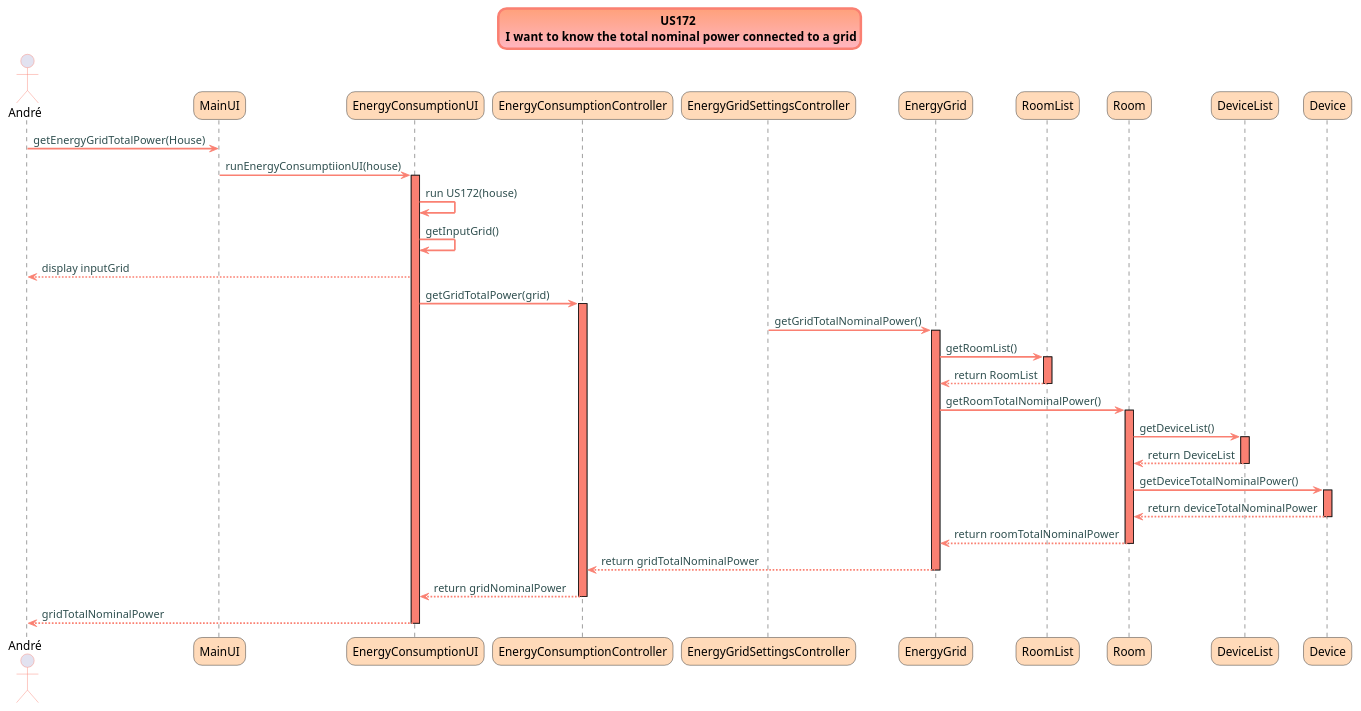
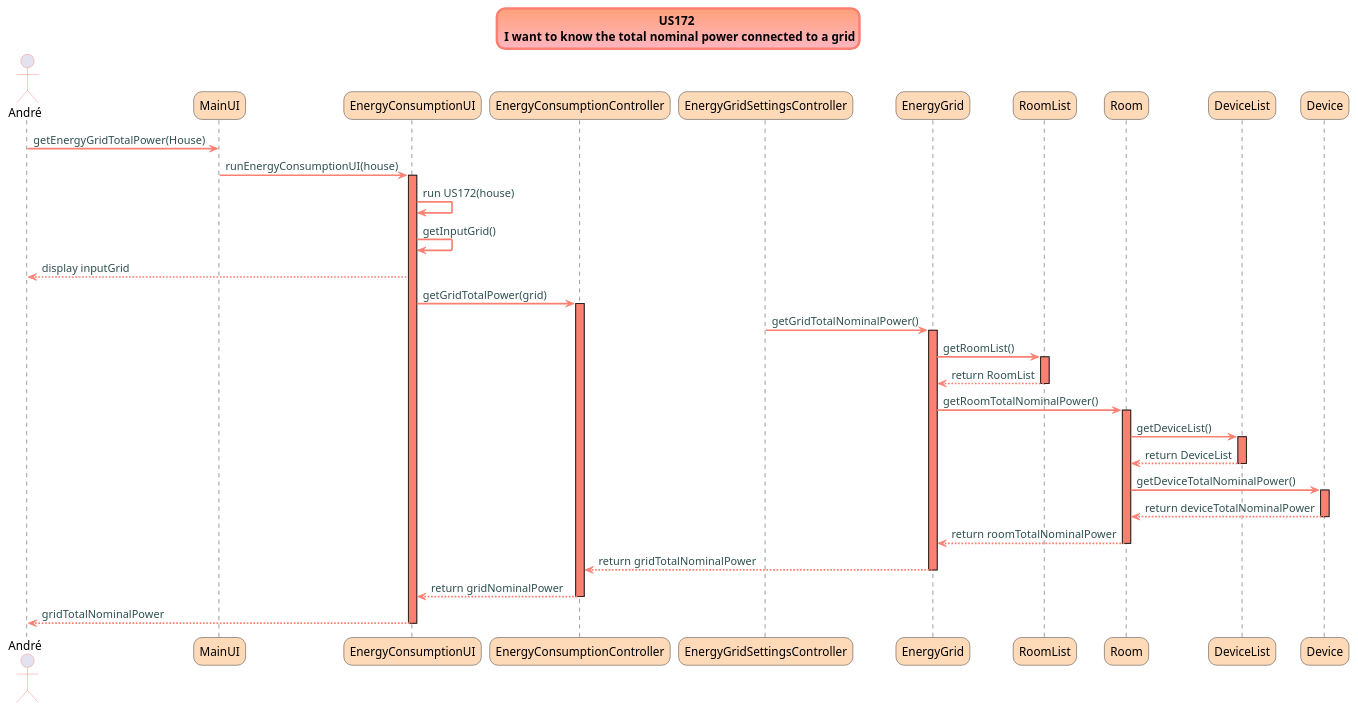
Before and after one commit to Almadanmp/project: the diagram in uml/US172.puml, drawn with PlantUML. The commit also changed 7 other files, not shown here.

Commit message:
REF #66 adds US752 UML Adds tests and corrects typos

```diff
--- a/uml/US172.puml
+++ b/uml/US172.puml
@@ -1,64 +1,64 @@
 @startuml
 
 skinparam titleBorderRoundCorner 25
 skinparam titleBorderThickness 3
 skinparam titleBorderColor salmon
 skinparam titleBackgroundColor lightsalmon-lightpink
 skinparam FontName Verdana
 
 title US172 \n I want to know the total nominal power connected to a grid
 
 skinparam actor {
 	BorderColor salmon
 	}
 
 skinparam sequence {
 	LifeLineBackgroundColor salmon
 	ParticipantBackgroundColor PeachPuff
 }
 
 skinparam roundcorner 20
 
 skinparam component {
   arrowThickness 2
   ArrowFontName Verdana
   ArrowColor salmon
   ArrowFontColor darkslategrey
 }
 
 actor André
 André -> MainUI: getEnergyGridTotalPower(House)
-MainUI -> EnergyConsumptionUI: runEnergyConsumptiionUI(house)
+MainUI -> EnergyConsumptionUI: runEnergyConsumptionUI(house)
 activate EnergyConsumptionUI
 EnergyConsumptionUI -> EnergyConsumptionUI: run US172(house)
 EnergyConsumptionUI -> EnergyConsumptionUI: getInputGrid()
 André <-- EnergyConsumptionUI: display inputGrid
 
 EnergyConsumptionUI -> EnergyConsumptionController: getGridTotalPower(grid)
 activate EnergyConsumptionController
 EnergyGridSettingsController -> EnergyGrid: getGridTotalNominalPower()
 activate EnergyGrid
 EnergyGrid -> RoomList: getRoomList()
 activate RoomList
 RoomList --> EnergyGrid: return RoomList
 deactivate RoomList
 EnergyGrid -> Room: getRoomTotalNominalPower()
 activate Room
 Room -> DeviceList: getDeviceList()
 activate DeviceList
 DeviceList --> Room: return DeviceList
 deactivate DeviceList
 Room -> Device: getDeviceTotalNominalPower()
 activate Device
 Device --> Room: return deviceTotalNominalPower
 deactivate Device
 Room --> EnergyGrid: return roomTotalNominalPower
 deactivate Room
 EnergyGrid --> EnergyConsumptionController: return gridTotalNominalPower
 deactivate EnergyGrid
 EnergyConsumptionController --> EnergyConsumptionUI: return gridNominalPower
 deactivate EnergyConsumptionController
 EnergyConsumptionUI --> André: gridTotalNominalPower
 deactivate EnergyConsumptionUI
 
 @endumlΩ
```
